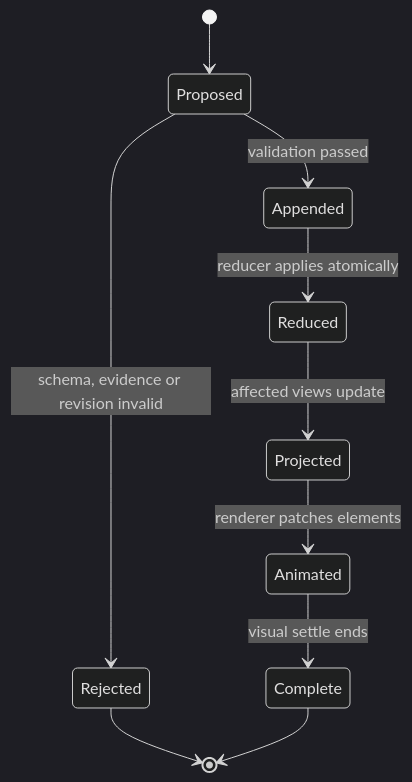
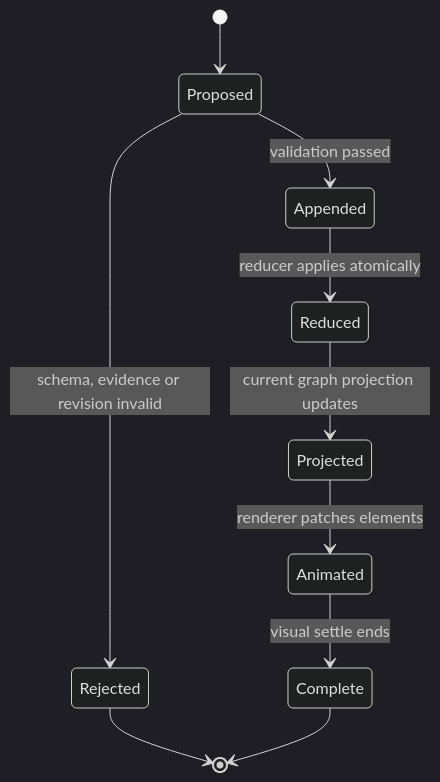
Before and after one commit to highestpeak/obsidian-peak-assistant: the third of 3 diagrams in docs/superpowers/specs/2026-08-13-ai-graph-agent-incremental-final-design.md, drawn with Mermaid (dark theme). The commit also changed other lines of this file and 2 other files, not shown here.

Commit message:
docs: finalize composer AI graph block design

````diff
--- a/docs/superpowers/specs/2026-08-13-ai-graph-agent-incremental-final-design.md
+++ b/docs/superpowers/specs/2026-08-13-ai-graph-agent-incremental-final-design.md
@@ -441,12 +454,12 @@
 ```mermaid
 stateDiagram-v2
   [*] --> Proposed
   Proposed --> Rejected: schema, evidence or revision invalid
   Proposed --> Appended: validation passed
   Appended --> Reduced: reducer applies atomically
-  Reduced --> Projected: affected views update
+  Reduced --> Projected: current graph projection updates
   Projected --> Animated: renderer patches elements
   Animated --> Complete: visual settle ends
   Rejected --> [*]
   Complete --> [*]
 ```
````
